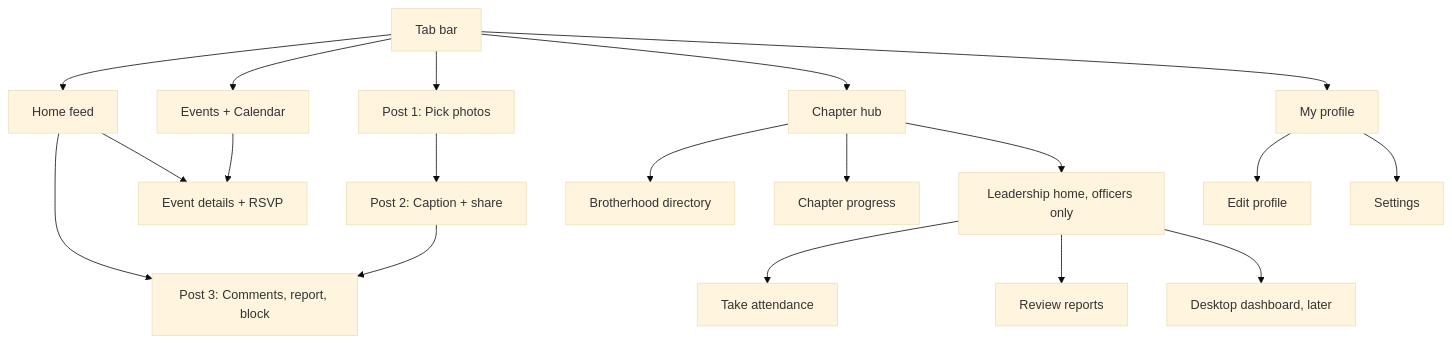
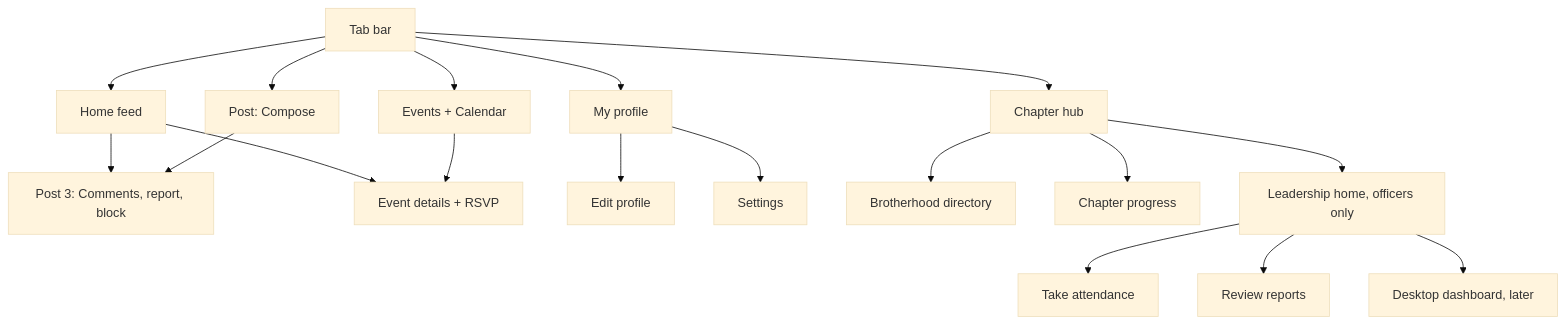
Before and after one commit to TitusNeyland/SigmaSigmaLambdaConnect: the diagram in docs/screens.md, drawn with Mermaid (base theme). The commit also changed other lines of this file and 32 other files, not shown here.

First line of the commit message:
Post straight to compose, with an in-app camera roll and photo framing (#118)

````diff
--- a/docs/screens.md
+++ b/docs/screens.md
@@ -9,21 +9,20 @@
 ```mermaid
 flowchart TD
 Tabs[Tab bar] --> Home[Home feed]
 Tabs --> Events[Events + Calendar]
-Tabs --> Post[Post 1: Pick photos]
+Tabs --> Compose[Post: Compose]
 Tabs --> Chapter[Chapter hub]
 Tabs --> Profile[My profile]
 Home --> PostDetail[Post 3: Comments, report, block]
 Home --> EventDetail[Event details + RSVP]
 Events --> EventDetail
-Post --> Compose[Post 2: Caption + share]
 Compose --> PostDetail
 Profile --> EditProfile[Edit profile]
 Profile --> Settings[Settings]
 Chapter --> Directory[Brotherhood directory]
 Chapter --> Goals[Chapter progress]
 Chapter --> Leader[Leadership home, officers only]
 Leader --> Attendance[Take attendance]
 Leader --> Reports[Review reports]
 Leader --> Desktop[Desktop dashboard, later]
 ```
````
